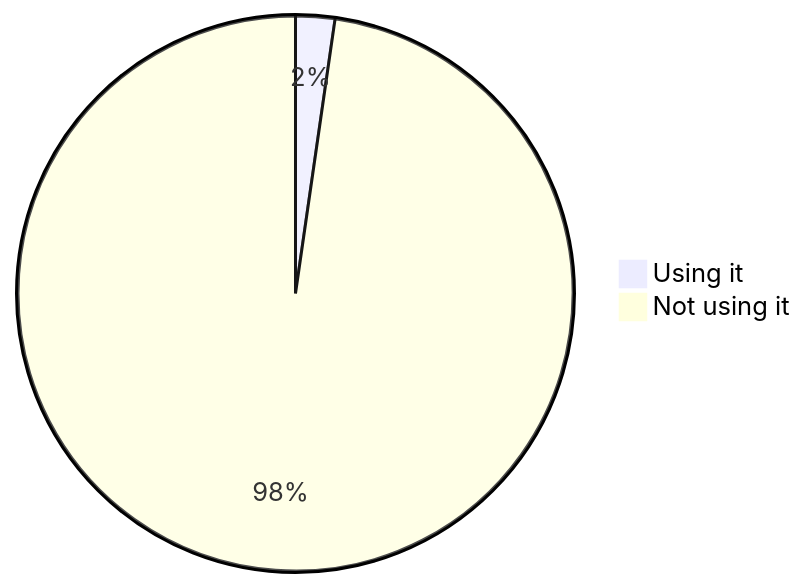
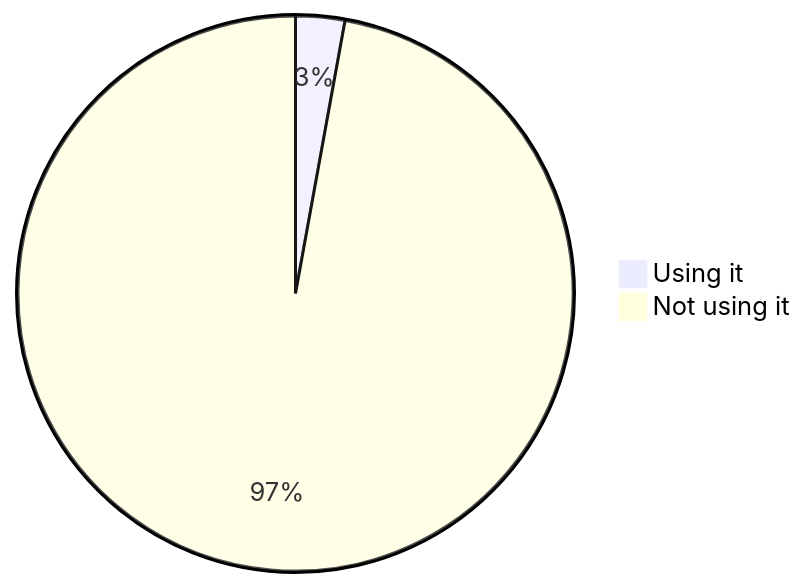
One commit to oshp/oshp-stats changed the sixth of 22 diagrams in stats.md. Above: the diagram before and after it, drawn with Mermaid. The commit also changed other lines of this file, not shown here.

````diff
--- a/stats.md
+++ b/stats.md
@@ -70,6 +70,6 @@
 ```mermaid
 pie
-	"Using it" : 2.28
-	"Not using it" : 97.72
+	"Using it" : 2.86
+	"Not using it" : 97.14
 
 ```
````
